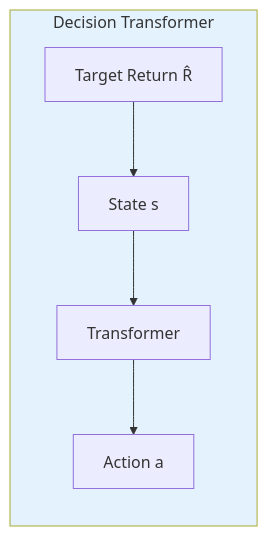
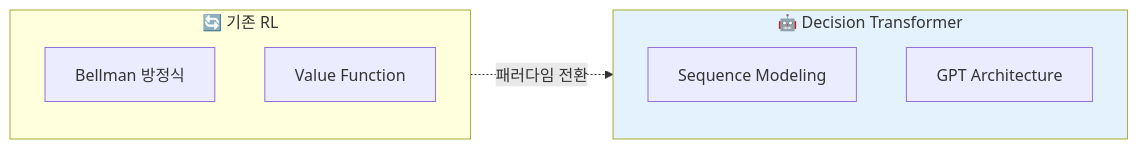
One commit to ggeutzzang/decision-transformer changed the first of 9 diagrams in CLAUDE.md. Above: the diagram before and after it, drawn with Mermaid. The commit also changed other lines of this file and 3 other files, not shown here.

````diff
--- a/CLAUDE.md
+++ b/CLAUDE.md
@@ -9,10 +29,16 @@
 ```mermaid
 flowchart LR
-    subgraph DT["Decision Transformer"]
-        R["Target Return R̂"] --> S["State s"]
-        S --> T["Transformer"]
-        T --> A["Action a"]
+    subgraph Traditional["🔄 기존 RL"]
+        Bellman["Bellman 방정식"]
+        Value["Value Function"]
     end
+
+    subgraph DT["🤖 Decision Transformer"]
+        Seq["Sequence Modeling"]
+        GPT["GPT Architecture"]
+    end
+
+    Traditional -.->|"패러다임 전환"| DT
 
     style DT fill:#e3f2fd
 ```
````
